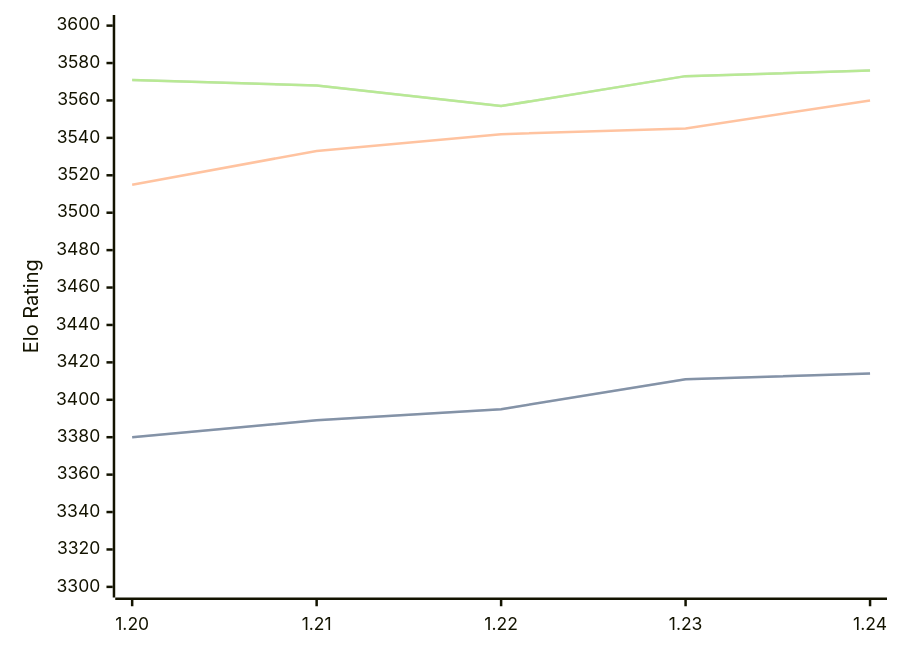
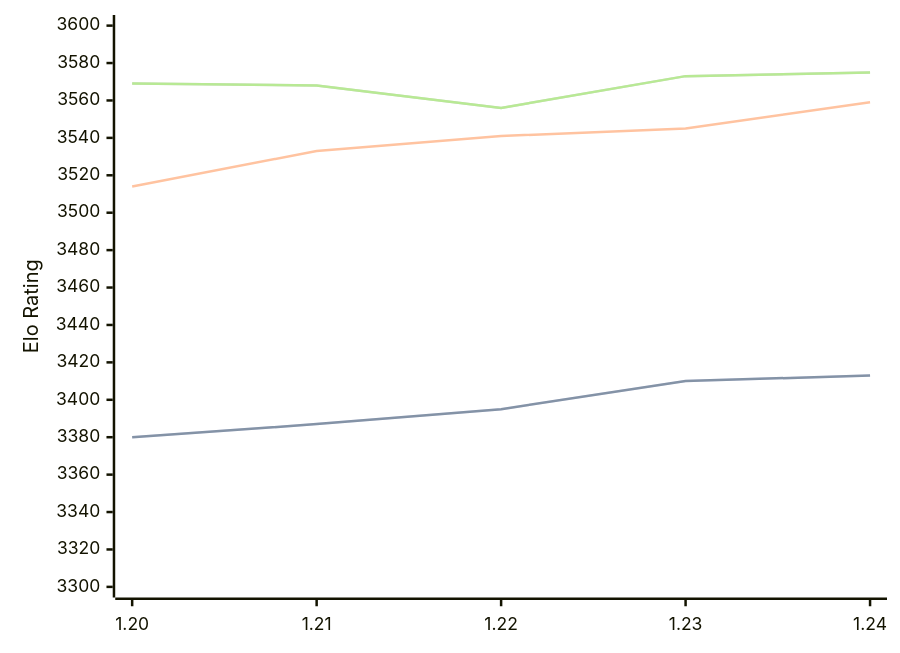
The diagram in engines/Caissa.md (computer-chess-index/cci), drawn with Mermaid before and after one commit. The commit also changed other lines of this file, not shown here.

Commit message:
Update CCI Ratings (ELO VLTC) - 2026-04-06

````diff
--- a/engines/Caissa.md
+++ b/engines/Caissa.md
@@ -64,11 +65,11 @@
 ```mermaid
 %%{init: {"theme":"base","themeVariables":{"seriesColors:['#a3a3a3','#222221','#faa371']}}}%%
 xychart-beta
   x-axis ["1.20", "1.21", "1.22", "1.23", "1.24"]
   y-axis "Elo Rating" 3300 --> 3600
-  line "STC (8.0+0.08s)" [3380, 3389, 3395, 3411, 3414]
-  line "STC (8.0+0.08s)" [3380, 3389, 3395, 3411, 3414]
-  line "LTC (60.0+0.60s)" [3515, 3533, 3542, 3545, 3560]
-  line "VLTC (2m24s+1.12s)" [3571, 3568, 3557, 3573, 3576]
-  line "VLTC (2m24s+1.12s)" [3571, 3568, 3557, 3573, 3576]
+  line "STC (8.0+0.08s)" [3380, 3387, 3395, 3410, 3413]
+  line "STC (8.0+0.08s)" [3380, 3387, 3395, 3410, 3413]
+  line "LTC (60.0+0.60s)" [3514, 3533, 3541, 3545, 3559]
+  line "VLTC (2m24s+1.12s)" [3569, 3568, 3556, 3573, 3575]
+  line "VLTC (2m24s+1.12s)" [3569, 3568, 3556, 3573, 3575]
 ```
````
